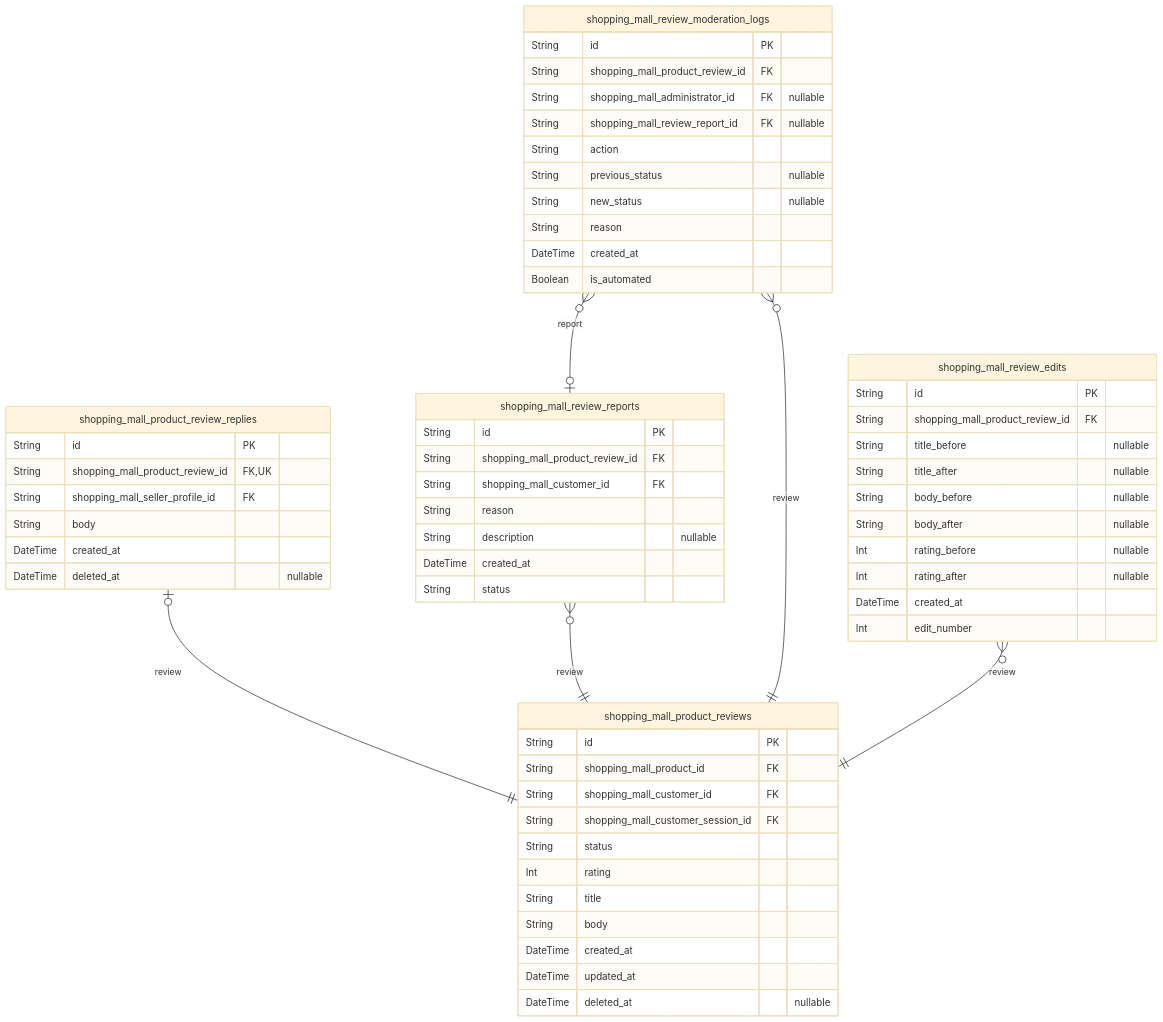
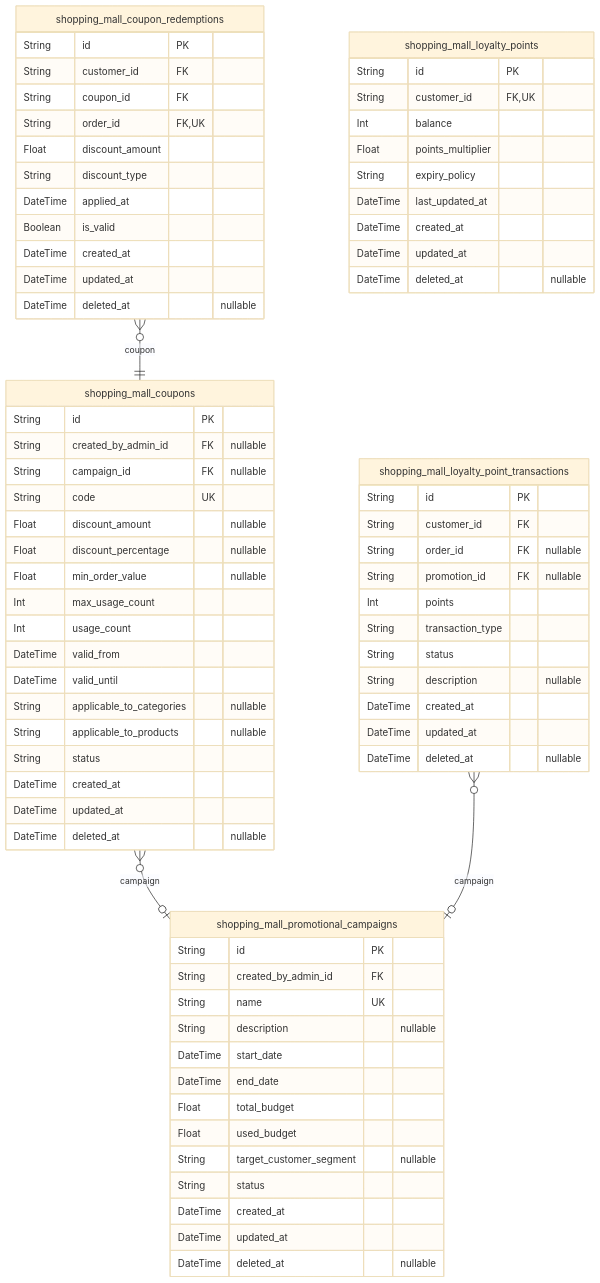
One commit to wrtnlabs/autobe-examples changed the eighth of 10 diagrams in qwen/qwen3-next-80b-a3b-instruct/shopping/docs/ERD.md. Above: the diagram before and after it, drawn with Mermaid (base theme). The commit also changed other lines of this file and 7173 other files, not shown here.

````diff
--- a/qwen/qwen3-next-80b-a3b-instruct/shopping/docs/ERD.md
+++ b/qwen/qwen3-next-80b-a3b-instruct/shopping/docs/ERD.md
@@ -1923,62 +1761,77 @@
 ```mermaid
 erDiagram
-"shopping_mall_product_reviews" {
+"shopping_mall_coupons" {
   String id PK
-  String shopping_mall_product_id FK
-  String shopping_mall_customer_id FK
-  String shopping_mall_customer_session_id FK
+  String created_by_admin_id FK "nullable"
+  String campaign_id FK "nullable"
+  String code UK
+  Float discount_amount "nullable"
+  Float discount_percentage "nullable"
+  Float min_order_value "nullable"
+  Int max_usage_count
+  Int usage_count
+  DateTime valid_from
+  DateTime valid_until
+  String applicable_to_categories "nullable"
+  String applicable_to_products "nullable"
   String status
-  Int rating
-  String title
-  String body
   DateTime created_at
   DateTime updated_at
   DateTime deleted_at "nullable"
 }
-"shopping_mall_product_review_replies" {
+"shopping_mall_coupon_redemptions" {
   String id PK
-  String shopping_mall_product_review_id FK,UK
-  String shopping_mall_seller_profile_id FK
-  String body
+  String customer_id FK
+  String coupon_id FK
+  String order_id FK,UK
+  Float discount_amount
+  String discount_type
+  DateTime applied_at
+  Boolean is_valid
   DateTime created_at
+  DateTime updated_at
   DateTime deleted_at "nullable"
 }
-"shopping_mall_review_reports" {
+"shopping_mall_promotional_campaigns" {
   String id PK
-  String shopping_mall_product_review_id FK
-  String shopping_mall_customer_id FK
-  String reason
+  String created_by_admin_id FK
+  String name UK
+  String description "nullable"
+  DateTime start_date
+  DateTime end_date
+  Float total_budget
+  Float used_budget
+  String target_customer_segment "nullable"
+  String status
+  DateTime created_at
+  DateTime updated_at
+  DateTime deleted_at "nullable"
+}
+"shopping_mall_loyalty_points" {
+  String id PK
+  String customer_id FK,UK
+  Int balance
+  Float points_multiplier
+  String expiry_policy
+  DateTime last_updated_at
+  DateTime created_at
+  DateTime updated_at
+  DateTime deleted_at "nullable"
+}
+"shopping_mall_loyalty_point_transactions" {
+  String id PK
+  String customer_id FK
+  String order_id FK "nullable"
+  String promotion_id FK "nullable"
+  Int points
+  String transaction_type
+  String status
   String description "nullable"
   DateTime created_at
-  String status
+  DateTime updated_at
+  DateTime deleted_at "nullable"
 }
-"shopping_mall_review_moderation_logs" {
-  String id PK
-  String shopping_mall_product_review_id FK
-  String shopping_mall_administrator_id FK "nullable"
-  String shopping_mall_review_report_id FK "nullable"
-  String action
-  String previous_status "nullable"
-  String new_status "nullable"
-  String reason
-  DateTime created_at
-  Boolean is_automated
-}
-"shopping_mall_review_edits" {
-  String id PK
-  String shopping_mall_product_review_id FK
-  String title_before "nullable"
-  String title_after "nullable"
-  String body_before "nullable"
-  String body_after "nullable"
-  Int rating_before "nullable"
-  Int rating_after "nullable"
-  DateTime created_at
-  Int edit_number
-}
-"shopping_mall_product_review_replies" |o--|| "shopping_mall_product_reviews" : review
-"shopping_mall_review_reports" }o--|| "shopping_mall_product_reviews" : review
-"shopping_mall_review_moderation_logs" }o--|| "shopping_mall_product_reviews" : review
-"shopping_mall_review_moderation_logs" }o--o| "shopping_mall_review_reports" : report
-"shopping_mall_review_edits" }o--|| "shopping_mall_product_reviews" : review
+"shopping_mall_coupons" }o--o| "shopping_mall_promotional_campaigns" : campaign
+"shopping_mall_coupon_redemptions" }o--|| "shopping_mall_coupons" : coupon
+"shopping_mall_loyalty_point_transactions" }o--o| "shopping_mall_promotional_campaigns" : campaign
 ```
````
